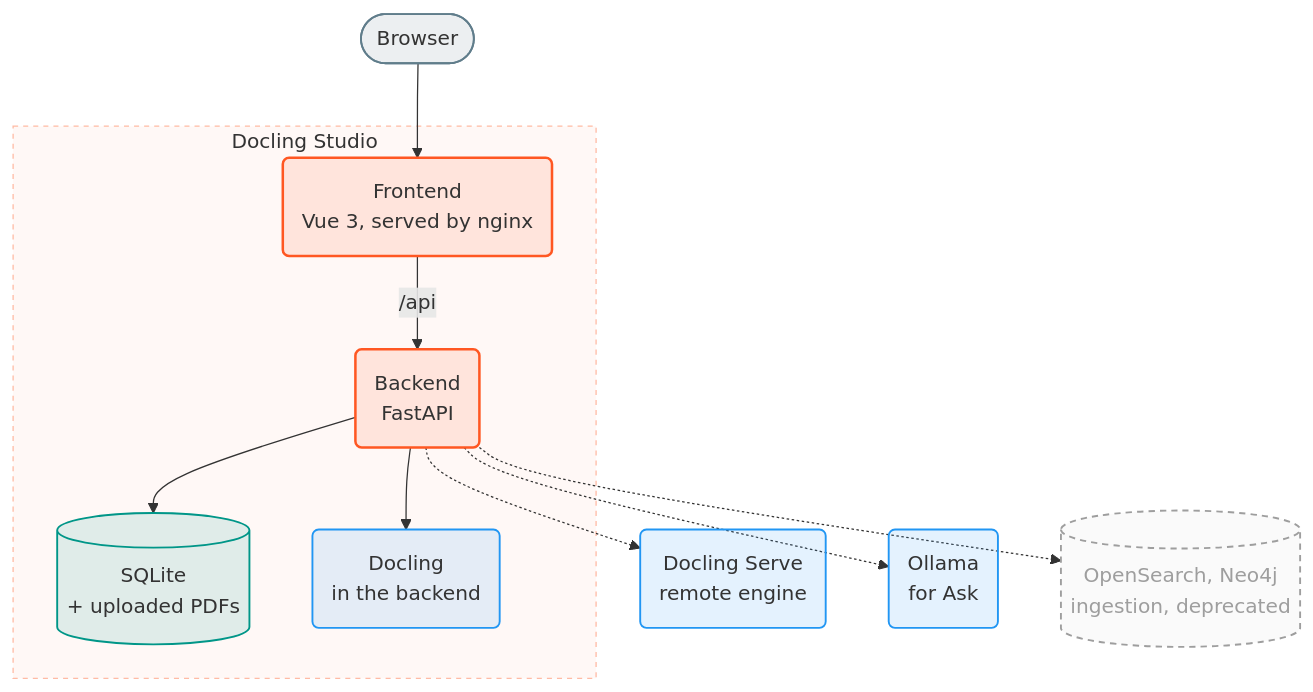
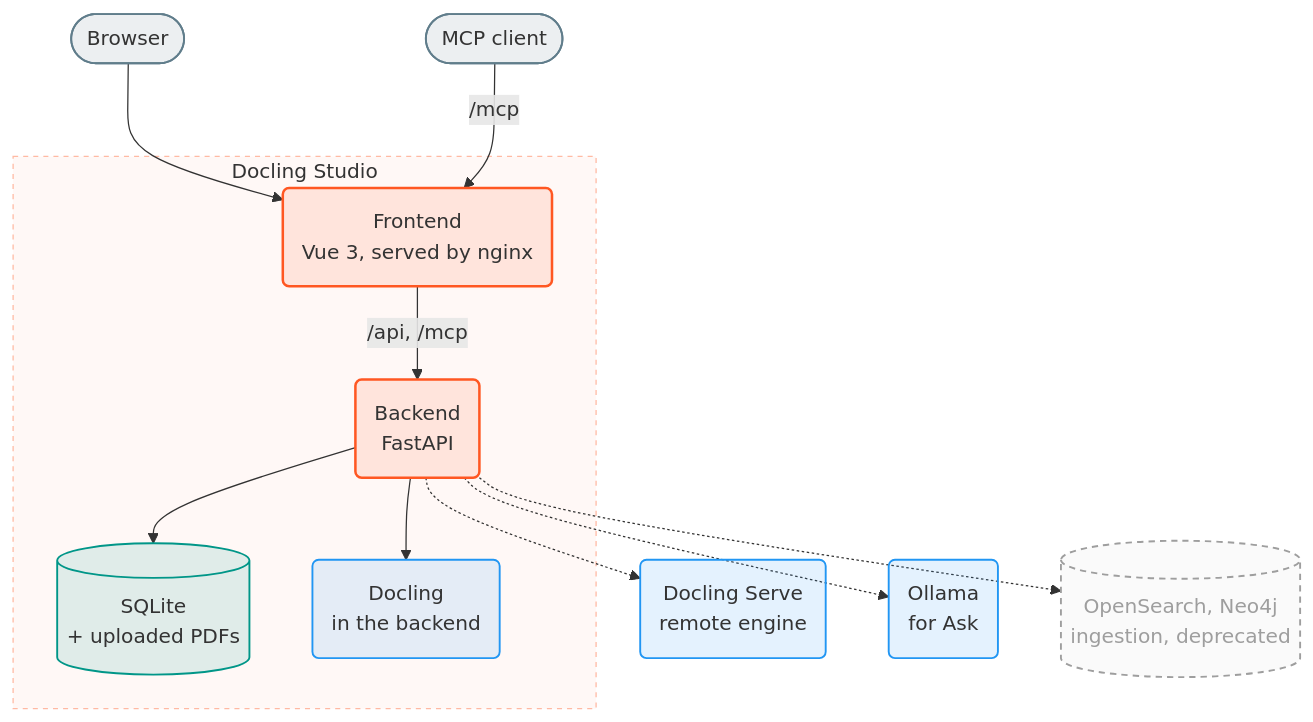
Before and after one commit to scub-france/docling-Studio: the first of 3 diagrams in docs/architecture.md, drawn with Mermaid. The commit also changed other lines of this file and 6 other files, not shown here.

````diff
--- a/docs/architecture.md
+++ b/docs/architecture.md
@@ -5,24 +5,25 @@
 ```mermaid
 flowchart TB
     subgraph Studio ["Docling Studio"]
-        Front("Frontend<br/>Vue 3, served by nginx") -->|/api| Back("Backend<br/>FastAPI")
+        Front("Frontend<br/>Vue 3, served by nginx") -->|/api, /mcp| Back("Backend<br/>FastAPI")
         Back --> DB[("SQLite<br/>+ uploaded PDFs")]
         Back --> Docling("Docling<br/>in the backend")
     end
     Browser(["Browser"]) --> Front
+    Agent(["MCP client"]) -->|/mcp| Front
     Back -.-> Serve("Docling Serve<br/>remote engine")
     Back -.-> Ollama("Ollama<br/>for Ask")
     Back -.-> Stores[("OpenSearch, Neo4j<br/>ingestion, deprecated")]
 
     classDef grey fill:#607D8B1F,stroke:#607D8B,stroke-width:1.5px
     classDef orange fill:#FF57221F,stroke:#FF5722,stroke-width:2px
     classDef blue fill:#2196F31F,stroke:#2196F3,stroke-width:1.5px
     classDef teal fill:#0096881F,stroke:#009688,stroke-width:1.5px
     classDef deprecated fill:#9E9E9E0D,stroke:#9E9E9E,stroke-width:1.5px,stroke-dasharray:5 4,color:#9E9E9E
-    class Browser grey
+    class Browser,Agent grey
     class Front,Back orange
     class Docling,Serve,Ollama blue
     class DB teal
     class Stores deprecated
     style Studio fill:#FF57220A,stroke:#FF572266,stroke-width:1px,stroke-dasharray:4 4
 ```
````
